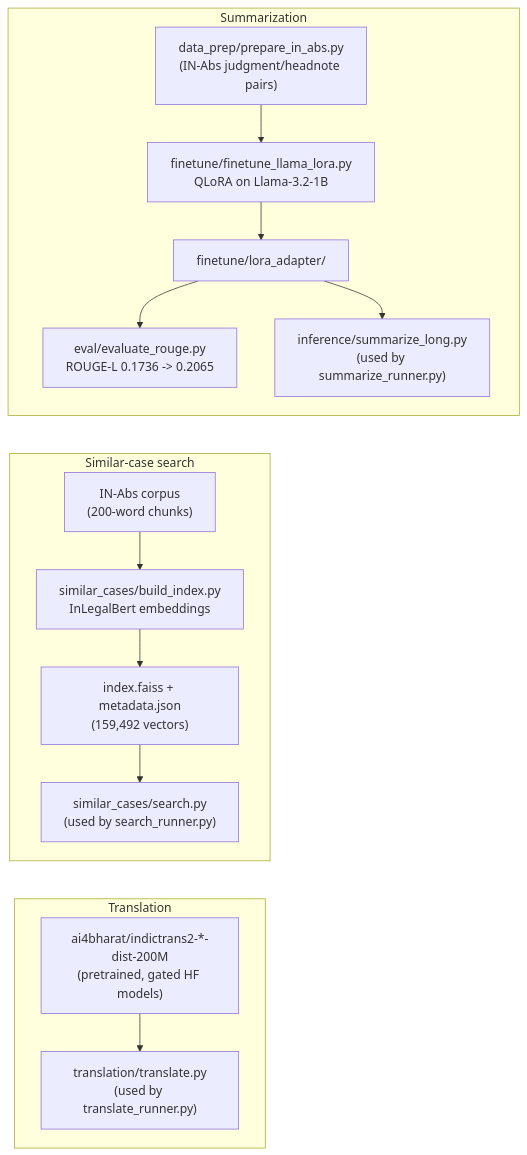
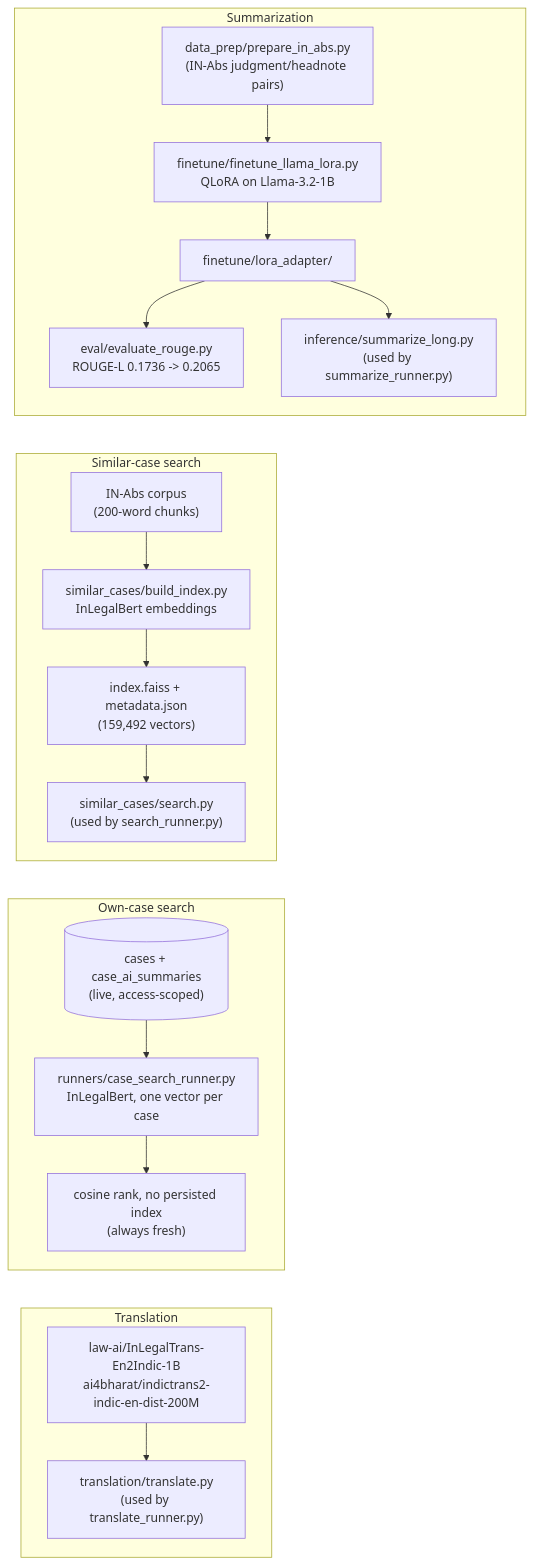
One commit to eyeofshreyas/BE-Project changed the ninth of 14 diagrams in docs/LLD.md. Above: the diagram before and after it, drawn with Mermaid. The commit also changed other lines of this file and 6 other files, not shown here.

First line of the commit message:
feat(ai): semantic search over the firm's own cases

````diff
--- a/docs/LLD.md
+++ b/docs/LLD.md
@@ -278,24 +280,30 @@
 ```mermaid
 flowchart TD
     subgraph Summarization
         d1["data_prep/prepare_in_abs.py\n(IN-Abs judgment/headnote pairs)"] --> f1["finetune/finetune_llama_lora.py\nQLoRA on Llama-3.2-1B"]
         f1 --> ad["finetune/lora_adapter/"]
         ad --> ev["eval/evaluate_rouge.py\nROUGE-L 0.1736 -> 0.2065"]
         ad --> inf["inference/summarize_long.py\n(used by summarize_runner.py)"]
     end
 
     subgraph SimilarCase["Similar-case search"]
         corpus["IN-Abs corpus\n(200-word chunks)"] --> bi["similar_cases/build_index.py\nInLegalBert embeddings"]
         bi --> idx["index.faiss + metadata.json\n(159,492 vectors)"]
         idx --> search["similar_cases/search.py\n(used by search_runner.py)"]
     end
 
+    subgraph OwnCases["Own-case search"]
+        live[("cases + case_ai_summaries\n(live, access-scoped)")] --> cs["runners/case_search_runner.py\nInLegalBert, one vector per case"]
+        cs --> rank["cosine rank, no persisted index\n(always fresh)"]
+    end
+
     subgraph Translation
-        pre["ai4bharat/indictrans2-*-dist-200M\n(pretrained, gated HF models)"] --> tr["translation/translate.py\n(used by translate_runner.py)"]
+        pre["law-ai/InLegalTrans-En2Indic-1B\nai4bharat/indictrans2-indic-en-dist-200M"] --> tr["translation/translate.py\n(used by translate_runner.py)"]
     end
 
     %% invisible links: stack the three independent pipelines instead of
     %% letting them render side by side in one very wide row
     ev ~~~ corpus
-    search ~~~ pre
+    search ~~~ live
+    rank ~~~ pre
 ```
````
